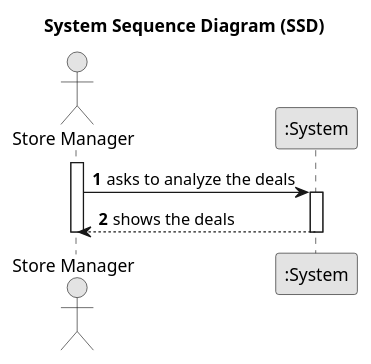
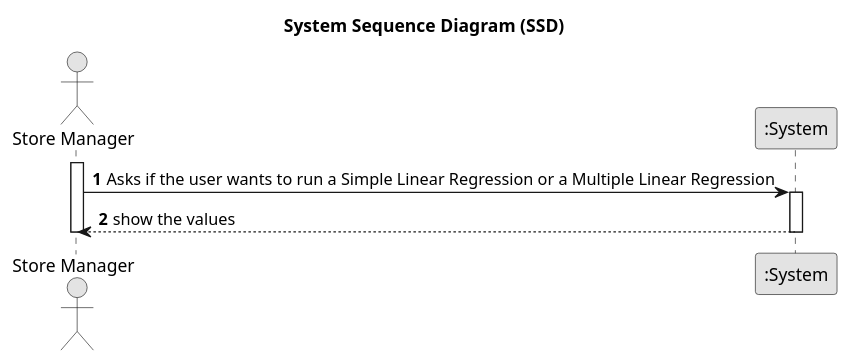
One commit to hugosilva2901/lei-22-s2-1DO-g68 changed the diagram in lei-22-s2-1do-g68/docs/SprintD/us018/01.requirements-engineering/puml/us018 - System-Sequence-Diagram.puml. Above: the diagram before and after it, drawn with PlantUML. The commit also changed 13 other files, not shown here.

```diff
--- a/lei-22-s2-1do-g68/docs/SprintD/us018/01.requirements-engineering/puml/us018 - System-Sequence-Diagram.puml
+++ b/lei-22-s2-1do-g68/docs/SprintD/us018/01.requirements-engineering/puml/us018 - System-Sequence-Diagram.puml
@@ -1,23 +1,23 @@
 @startuml
 skinparam monochrome true
 skinparam packageStyle rectangle
 skinparam shadowing false
 
 title System Sequence Diagram (SSD)
 
 autonumber
 
 actor "Store Manager" as st
 participant ":System" as System
 
 activate st
 
-st -> System : asks to analyze the deals
+st -> System : Asks if the user wants to run a Simple Linear Regression or a Multiple Linear Regression
 activate System
 
-System --> st : shows the deals
+System --> st : show the values
 deactivate System
 
 deactivate st
 
 @enduml
```
